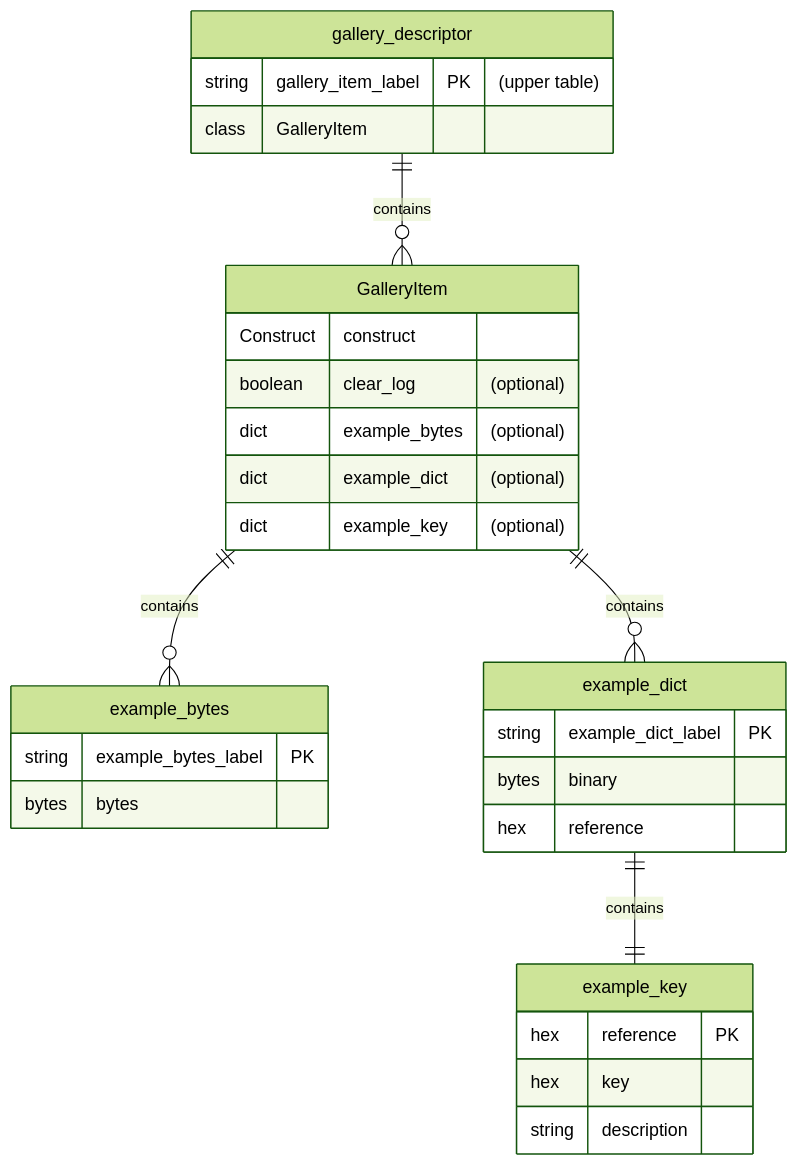
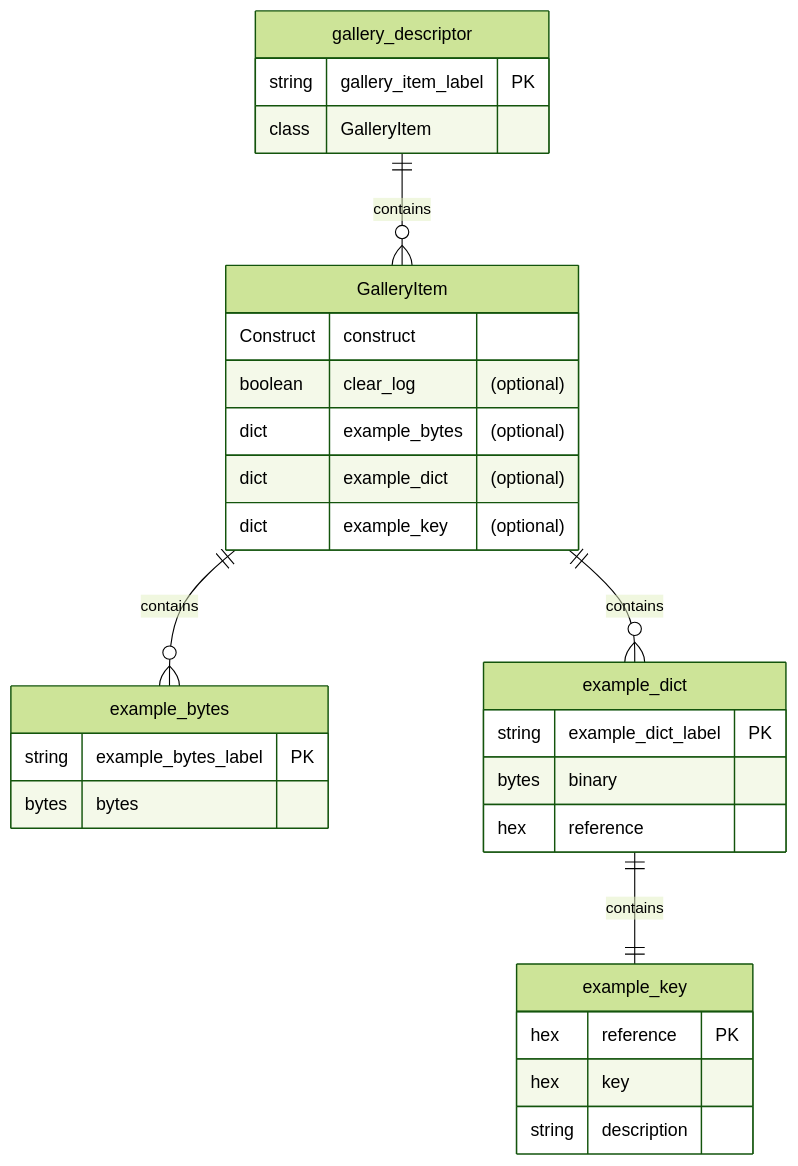
The first of 4 diagrams in README.md (Ircama/construct-gallery), drawn with Mermaid (forest theme) before and after one commit. The commit also changed other lines of this file and 1 other file, not shown here.

````diff
--- a/README.md
+++ b/README.md
@@ -284,33 +295,33 @@
 ```mermaid
 erDiagram
     gallery_descriptor {
         %% "construct" selector, upper list box
-        string gallery_item_label PK "(upper table)"
+        string gallery_item_label PK
         class GalleryItem
     }
     "GalleryItem" {
         Construct construct
         boolean clear_log "(optional)"
         dict example_bytes "(optional)"
         dict example_dict "(optional)"
         dict example_key "(optional)"
     }
     example_bytes {
         string example_bytes_label PK
         bytes bytes
     }
     example_dict {
         string example_dict_label PK
         bytes binary
         hex reference
     }
     example_key {
         hex reference PK
         hex key
         string description
     }
     gallery_descriptor ||--o{ GalleryItem : contains
     GalleryItem ||--o{ example_bytes : contains
     GalleryItem ||--o{ example_dict : contains
     example_dict ||--|| example_key : contains
 ```
````
